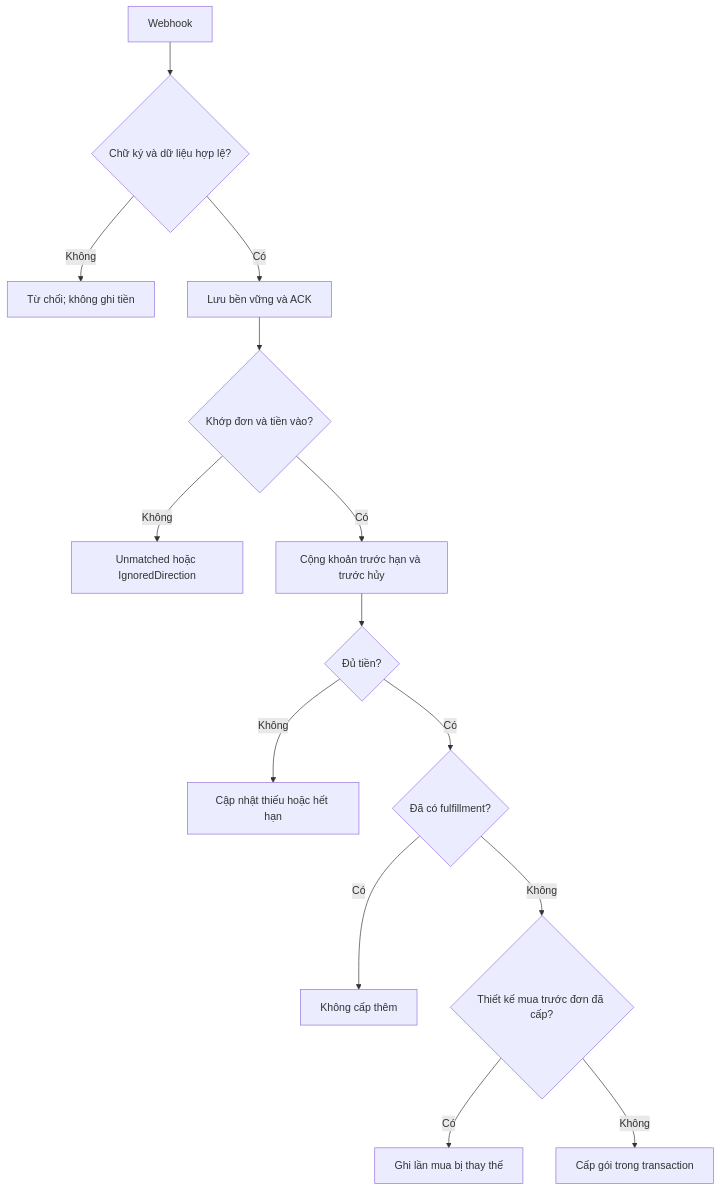
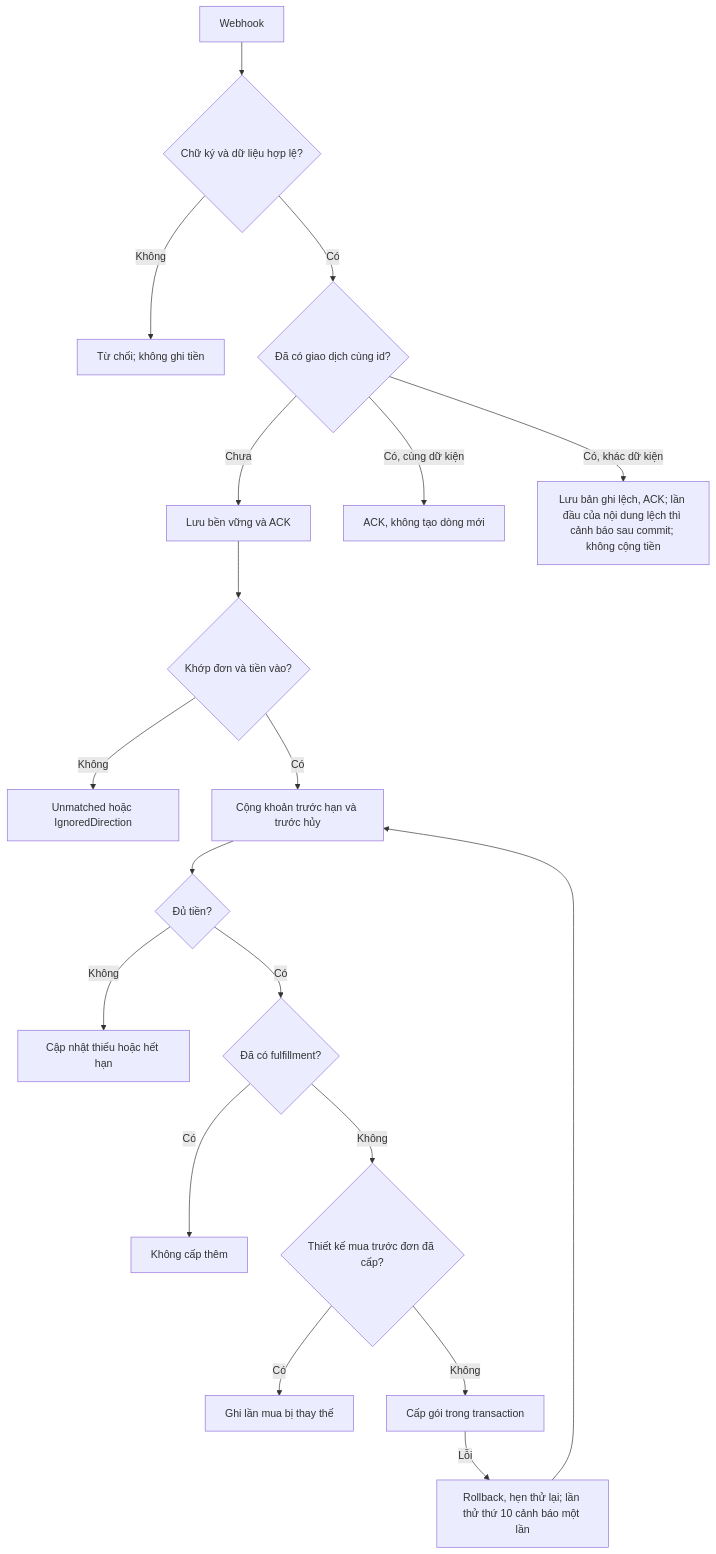
Before and after one commit to TaskCoper/bmt-documentation: the third of 5 diagrams in tdd/TDD-PAY-001.md, drawn with Mermaid. The commit also changed other lines of this file and 33 other files, not shown here.

First line of the commit message:
docs: chốt quản trị kết nối nhận tiền SePay và cảnh báo Discord cho thanh toán

````diff
--- a/tdd/TDD-PAY-001.md
+++ b/tdd/TDD-PAY-001.md
@@ -201,16 +249,21 @@
 ```mermaid
 flowchart TD
     A[Webhook] --> B{Chữ ký và dữ liệu hợp lệ?}
     B -->|Không| X[Từ chối; không ghi tiền]
-    B -->|Có| C[Lưu bền vững và ACK]
+    B -->|Có| Y{Đã có giao dịch cùng id?}
+    Y -->|Chưa| C[Lưu bền vững và ACK]
+    Y -->|Có, cùng dữ kiện| Z[ACK, không tạo dòng mới]
+    Y -->|Có, khác dữ kiện| Q[Lưu bản ghi lệch, ACK; lần đầu của nội dung lệch thì cảnh báo sau commit; không cộng tiền]
     C --> D{Khớp đơn và tiền vào?}
     D -->|Không| E[Unmatched hoặc IgnoredDirection]
     D -->|Có| F[Cộng khoản trước hạn và trước hủy]
     F --> G{Đủ tiền?}
     G -->|Không| H[Cập nhật thiếu hoặc hết hạn]
     G -->|Có| I{Đã có fulfillment?}
     I -->|Có| J[Không cấp thêm]
     I -->|Không| K{Thiết kế mua trước đơn đã cấp?}
     K -->|Có| L[Ghi lần mua bị thay thế]
     K -->|Không| M[Cấp gói trong transaction]
+    M -->|Lỗi| R[Rollback, hẹn thử lại; lần thử thứ 10 cảnh báo một lần]
+    R --> F
 ```
````
